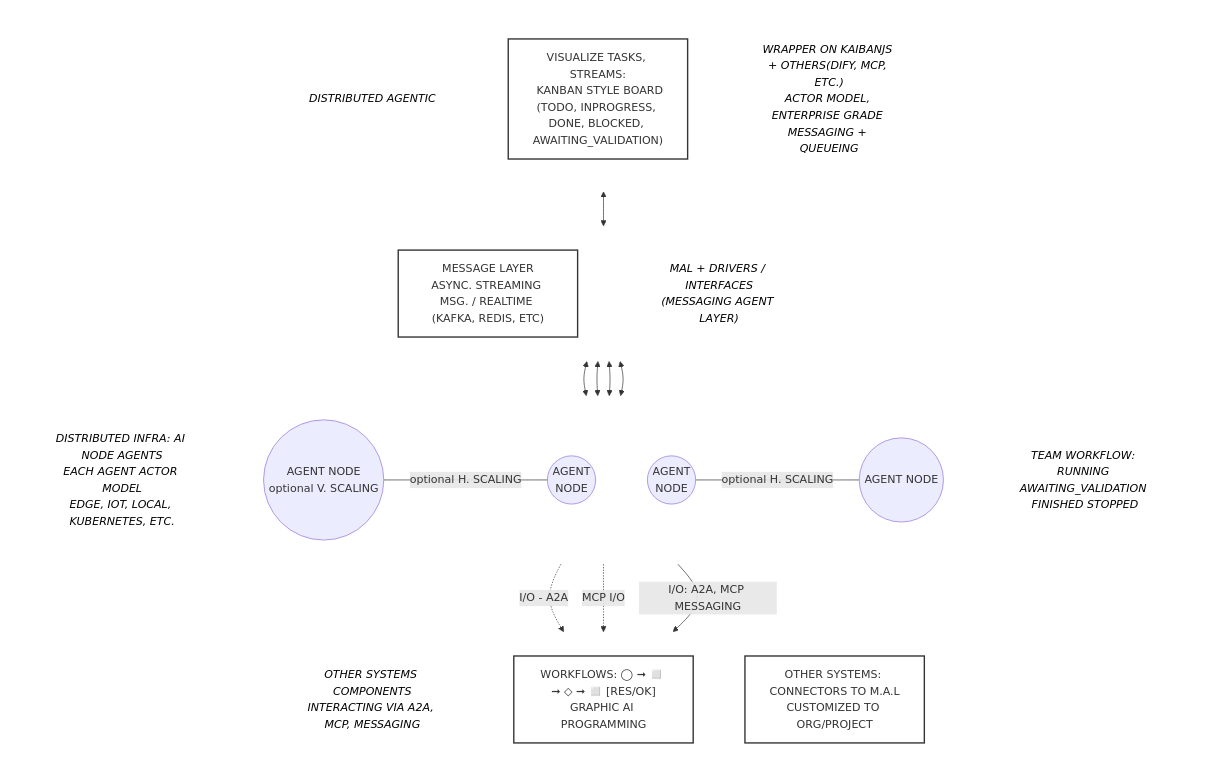
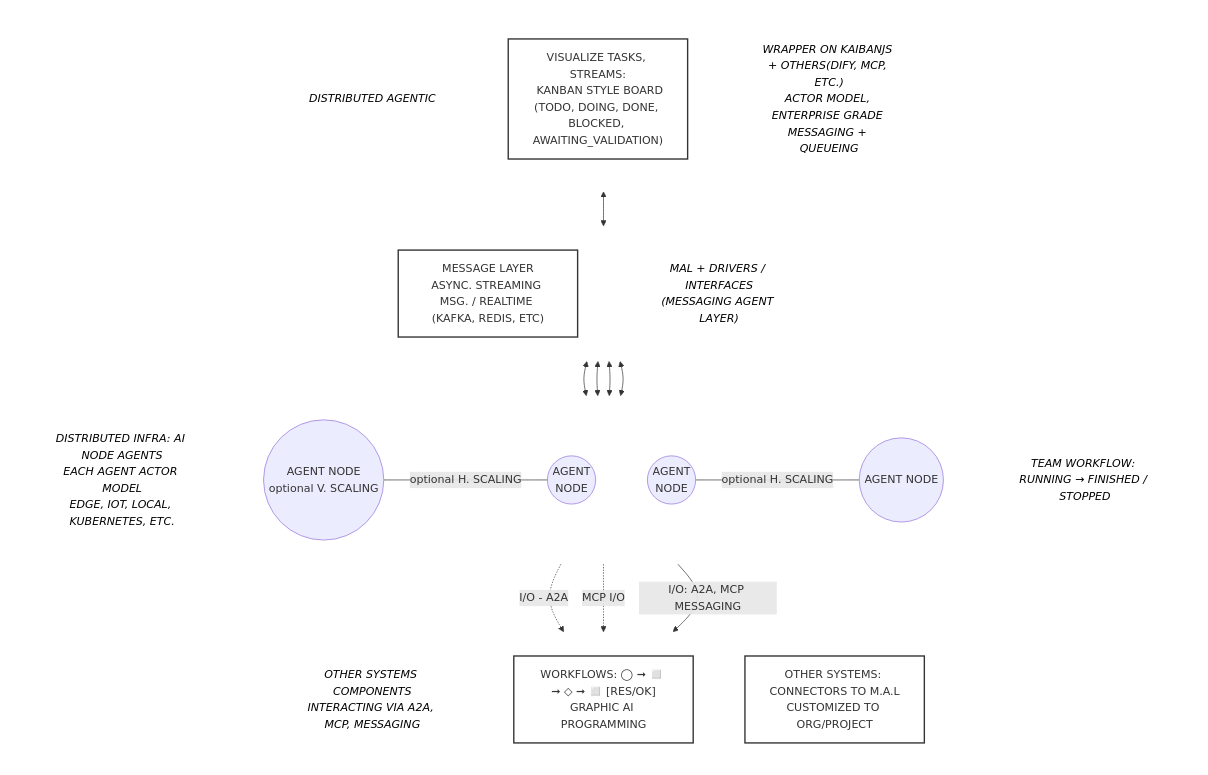
The second of 3 diagrams in README.md (andreibesleaga/kaiban-distributed), drawn with Mermaid before and after one commit. The commit also changed other lines of this file and 4 other files, not shown here.

````diff
--- a/README.md
+++ b/README.md
@@ -138,64 +138,64 @@
 ```mermaid
 flowchart TD
     classDef plain fill:none,stroke:none,color:inherit,font-style:italic;
     classDef solidBox fill:none,stroke:#333,stroke-width:2px;
 
     %% Row 1
     subgraph TopLevel [" "]
         direction LR
         TL["DISTRIBUTED AGENTIC"]:::plain
-        Kanban["VISUALIZE TASKS, STREAMS:<br/> KANBAN STYLE BOARD<br/>(TODO, INPROGRESS, DONE, BLOCKED, AWAITING_VALIDATION)"]:::solidBox
+        Kanban["VISUALIZE TASKS, STREAMS:<br/> KANBAN STYLE BOARD<br/>(TODO, DOING, DONE, BLOCKED, AWAITING_VALIDATION)"]:::solidBox
         TR["WRAPPER ON KAIBANJS + OTHERS(DIFY, MCP, ETC.)<br/>ACTOR MODEL, ENTERPRISE GRADE MESSAGING + QUEUEING"]:::plain
         TL ~~~ Kanban ~~~ TR
     end
     style TopLevel fill:none,stroke:none;
 
     %% Row 2
     subgraph MidLevel [" "]
         direction LR
         MsgLayer["MESSAGE LAYER<br/>ASYNC. STREAMING MSG. / REALTIME (KAFKA, REDIS, ETC)"]:::solidBox
         MAL["MAL + DRIVERS / INTERFACES<br/>(MESSAGING AGENT LAYER)"]:::plain
         MsgLayer ~~~ MAL
     end
     style MidLevel fill:none,stroke:none;
 
     Kanban <--> MsgLayer
 
     %% Row 3
     subgraph AgentLevel [" "]
         direction LR
         ActorModelText["DISTRIBUTED INFRA: AI NODE AGENTS<br/>EACH AGENT ACTOR MODEL<br/>EDGE, IOT, LOCAL, KUBERNETES, ETC."]:::plain
         N1(("AGENT NODE<br/>optional V. SCALING"))
         N2(("AGENT<br/>NODE"))
         N3(("AGENT<br/>NODE"))
         N4(("AGENT NODE"))
-        DistInfraText["TEAM WORKFLOW: RUNNING AWAITING_VALIDATION FINISHED STOPPED"]:::plain
+        DistInfraText["TEAM WORKFLOW: RUNNING → FINISHED / STOPPED"]:::plain
 
         ActorModelText ~~~ N1
         N1 -- "optional H. SCALING" --- N2
         N2 ~~~ N3
         N3 -- "optional H. SCALING" --- N4
         N4 ~~~ DistInfraText
     end
     style AgentLevel fill:none,stroke:none;
 
     MsgLayer <--> N1
     MsgLayer <--> N2
     MsgLayer <--> N3
     MsgLayer <--> N4
 
     %% Row 4
     subgraph BottomLevel [" "]
         direction LR
         OtherSystemsText["OTHER SYSTEMS COMPONENTS<br/>INTERACTING VIA A2A, MCP, MESSAGING"]:::plain
         Dify["WORKFLOWS: ◯ ➞ ◻️ ➞ ◇ ➞ ◻️ [RES/OK]<br/>GRAPHIC AI PROGRAMMING"]:::solidBox
         OtherSystemsBox["OTHER SYSTEMS: CONNECTORS TO M.A.L<br/>CUSTOMIZED TO ORG/PROJECT"]:::solidBox
 
         OtherSystemsText ~~~ Dify ~~~ OtherSystemsBox
     end
     style BottomLevel fill:none,stroke:none;
 
     N1 -. "I/O - A2A" .-> Dify
     N2 -. "MCP I/O" .-> Dify
     N4 -->|"I/O: A2A, MCP MESSAGING"| OtherSystemsBox
 ```
````
